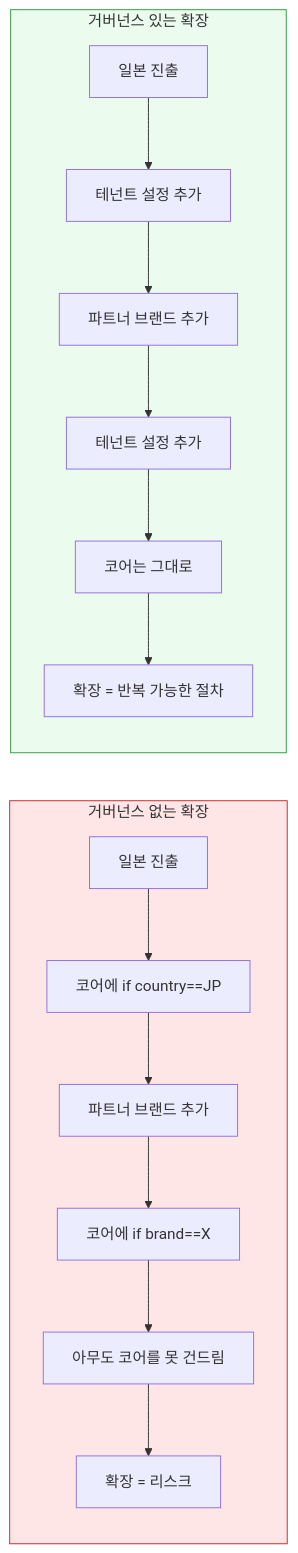
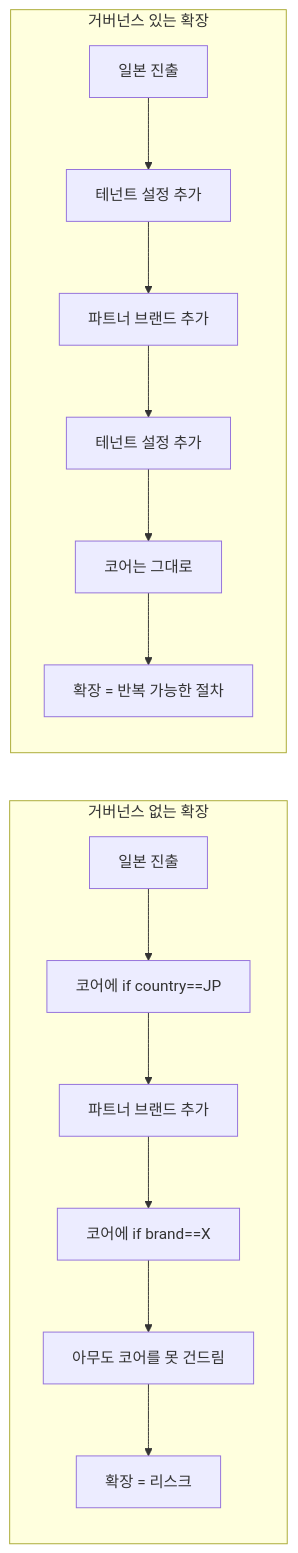
One commit to withwooyong/withwooyong.github.io changed the first of 17 diagrams in pages/product-lead-loadmap/04_거버넌스_글로벌.md. Above: the diagram before and after it, drawn with Mermaid. The commit also changed other lines of this file and 16 other files, not shown here.

````diff
--- a/pages/product-lead-loadmap/04_거버넌스_글로벌.md
+++ b/pages/product-lead-loadmap/04_거버넌스_글로벌.md
@@ -48,21 +50,18 @@
 ```mermaid
 flowchart LR
     subgraph BAD["거버넌스 없는 확장"]
         B1["일본 진출"] --> B2["코어에 if country==JP"]
         B2 --> B3["파트너 브랜드 추가"]
         B3 --> B4["코어에 if brand==X"]
         B4 --> B5["아무도 코어를 못 건드림"]
         B5 --> B6["확장 = 리스크"]
     end
 
     subgraph GOOD["거버넌스 있는 확장"]
         G1["일본 진출"] --> G2["테넌트 설정 추가"]
         G2 --> G3["파트너 브랜드 추가"]
         G3 --> G4["테넌트 설정 추가"]
         G4 --> G5["코어는 그대로"]
         G5 --> G6["확장 = 반복 가능한 절차"]
     end
-
-    style BAD fill:#ffe6e6,stroke:#c92a2a
-    style GOOD fill:#ebfbee,stroke:#2f9e44
 ```
````
